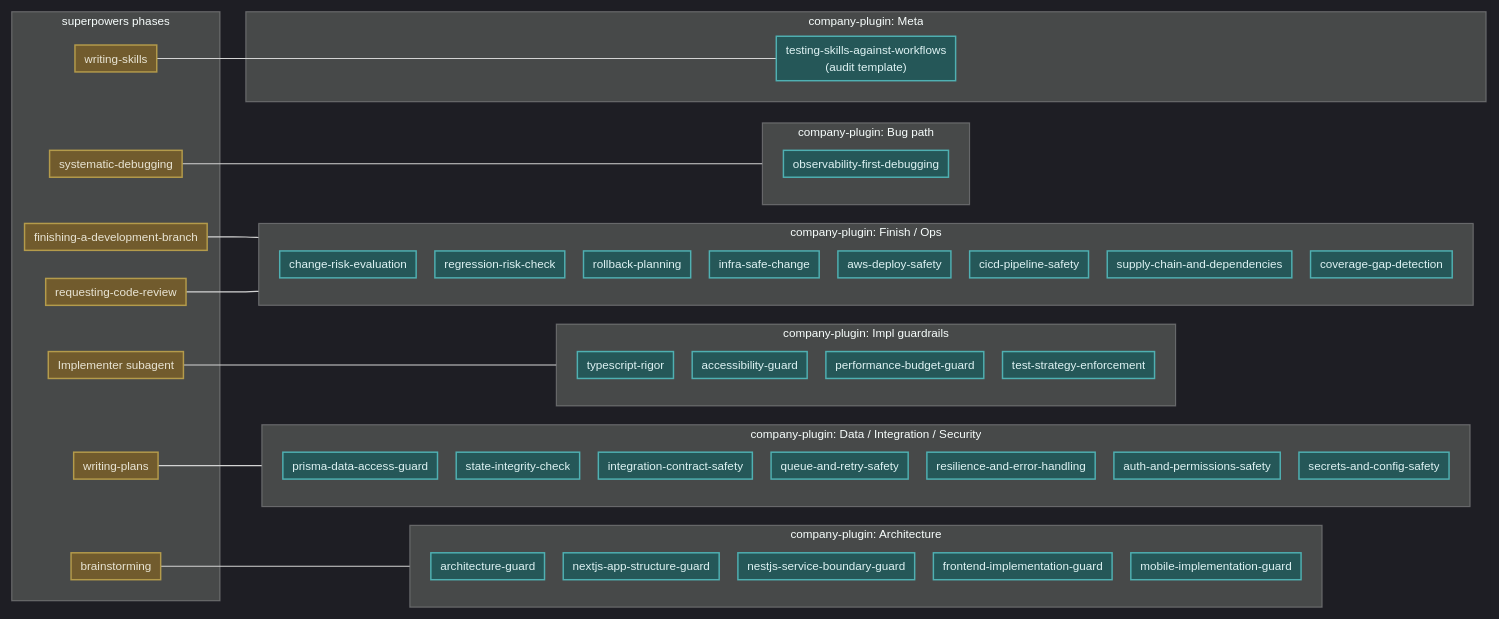
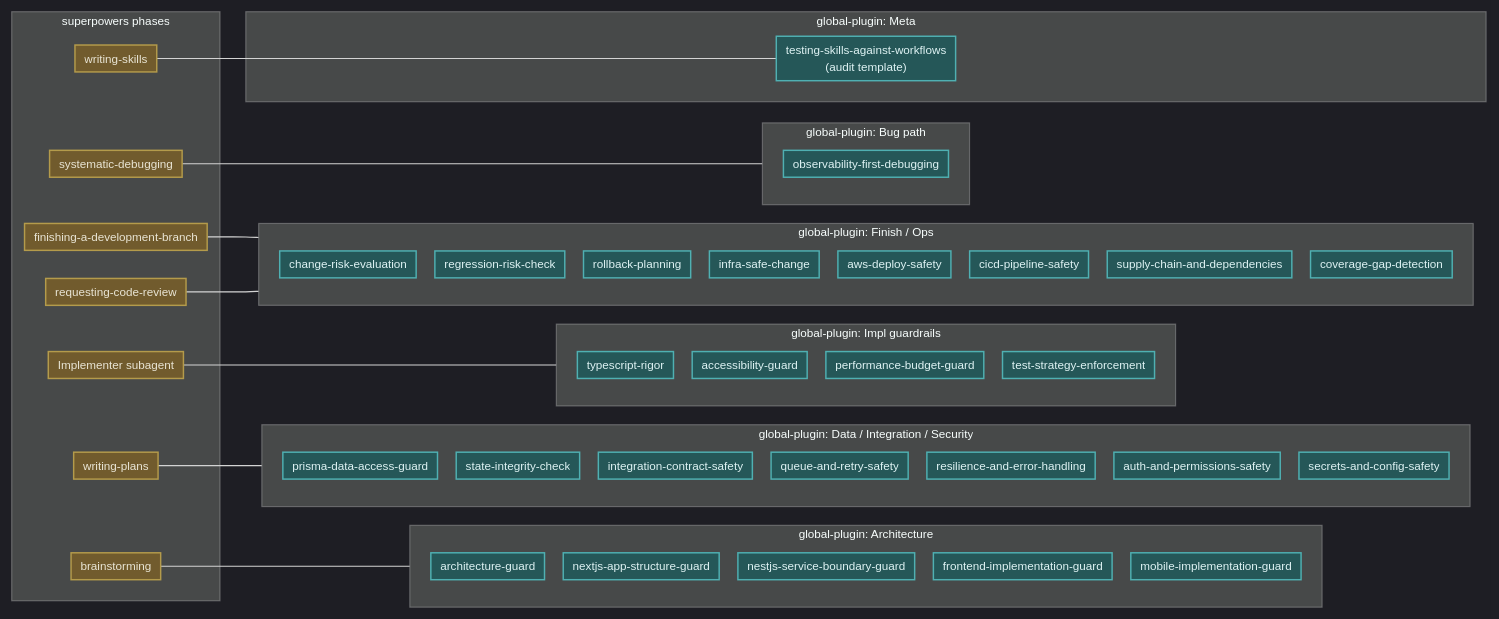
The second of 2 diagrams in docs/superpowers/workflows/08-whole-map.md (Pasanbasuru/company-plugin), drawn with Mermaid before and after one commit. The commit also changed other lines of this file and 34 other files, not shown here.

First line of the commit message:
chore: rebrand company-* identity strings to global-* / lgerard314 (#2)

````diff
--- a/docs/superpowers/workflows/08-whole-map.md
+++ b/docs/superpowers/workflows/08-whole-map.md
@@ -136,68 +136,68 @@
 ```mermaid
 %%{init: {'theme':'dark','themeVariables':{'fontSize':'10px'},'flowchart':{'nodeSpacing':16,'rankSpacing':22,'padding':4,'diagramPadding':4}}}%%
 flowchart LR
     classDef extPlugin     fill:#785f28d9,stroke:#b49b4b,stroke-width:1.25px,color:#e9e5d5
     classDef companyPlugin fill:#1f5a5bd9,stroke:#4fb0b2,stroke-width:1.25px,color:#dff3f4
 
     subgraph SP[superpowers phases]
         BR[brainstorming]:::extPlugin
         WP[writing-plans]:::extPlugin
         IMP[Implementer subagent]:::extPlugin
         DBG[systematic-debugging]:::extPlugin
         FIN[finishing-a-development-branch]:::extPlugin
         RCR[requesting-code-review]:::extPlugin
         WSK[writing-skills]:::extPlugin
     end
 
-    subgraph CPARCH[company-plugin: Architecture]
+    subgraph CPARCH[global-plugin: Architecture]
         AG[architecture-guard]:::companyPlugin
         NEXT[nextjs-app-structure-guard]:::companyPlugin
         NEST[nestjs-service-boundary-guard]:::companyPlugin
         FRNT[frontend-implementation-guard]:::companyPlugin
         MOB[mobile-implementation-guard]:::companyPlugin
     end
 
-    subgraph CPDATA[company-plugin: Data / Integration / Security]
+    subgraph CPDATA[global-plugin: Data / Integration / Security]
         PRIS[prisma-data-access-guard]:::companyPlugin
         STATE[state-integrity-check]:::companyPlugin
         INT[integration-contract-safety]:::companyPlugin
         QUE[queue-and-retry-safety]:::companyPlugin
         RES[resilience-and-error-handling]:::companyPlugin
         AUTH[auth-and-permissions-safety]:::companyPlugin
         SEC[secrets-and-config-safety]:::companyPlugin
     end
 
-    subgraph CPIMPL[company-plugin: Impl guardrails]
+    subgraph CPIMPL[global-plugin: Impl guardrails]
         TS[typescript-rigor]:::companyPlugin
         A11Y[accessibility-guard]:::companyPlugin
         PERF[performance-budget-guard]:::companyPlugin
         TSE[test-strategy-enforcement]:::companyPlugin
     end
 
-    subgraph CPFIN[company-plugin: Finish / Ops]
+    subgraph CPFIN[global-plugin: Finish / Ops]
         CRE[change-risk-evaluation]:::companyPlugin
         RRC[regression-risk-check]:::companyPlugin
         RBP[rollback-planning]:::companyPlugin
         ISC[infra-safe-change]:::companyPlugin
         AWS[aws-deploy-safety]:::companyPlugin
         CICD[cicd-pipeline-safety]:::companyPlugin
         SUP[supply-chain-and-dependencies]:::companyPlugin
         COV[coverage-gap-detection]:::companyPlugin
     end
 
-    subgraph CPDBG[company-plugin: Bug path]
+    subgraph CPDBG[global-plugin: Bug path]
         OBS[observability-first-debugging]:::companyPlugin
     end
 
-    subgraph CPMETA[company-plugin: Meta]
+    subgraph CPMETA[global-plugin: Meta]
         AUDIT["testing-skills-against-workflows<br/>(audit template)"]:::companyPlugin
     end
 
     BR --- CPARCH
     WP --- CPDATA
     IMP --- CPIMPL
     DBG --- CPDBG
     FIN --- CPFIN
     RCR --- CPFIN
     WSK --- AUDIT
 ```
````
